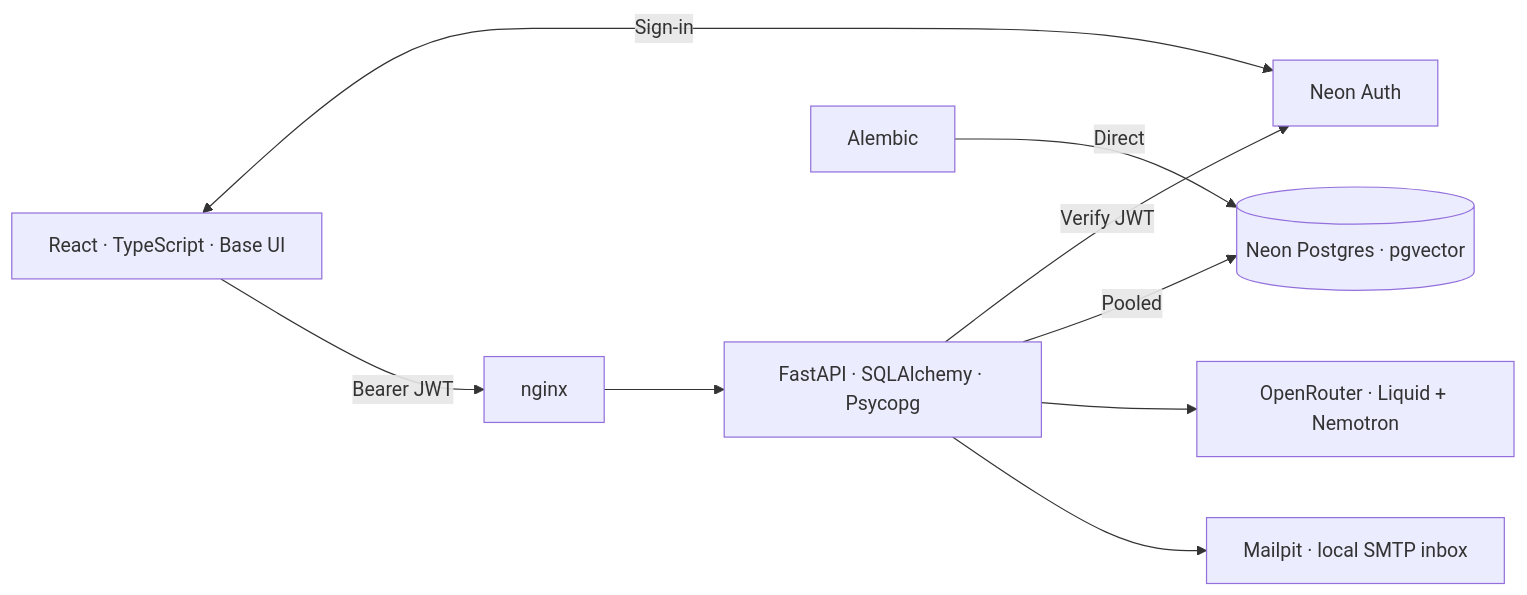
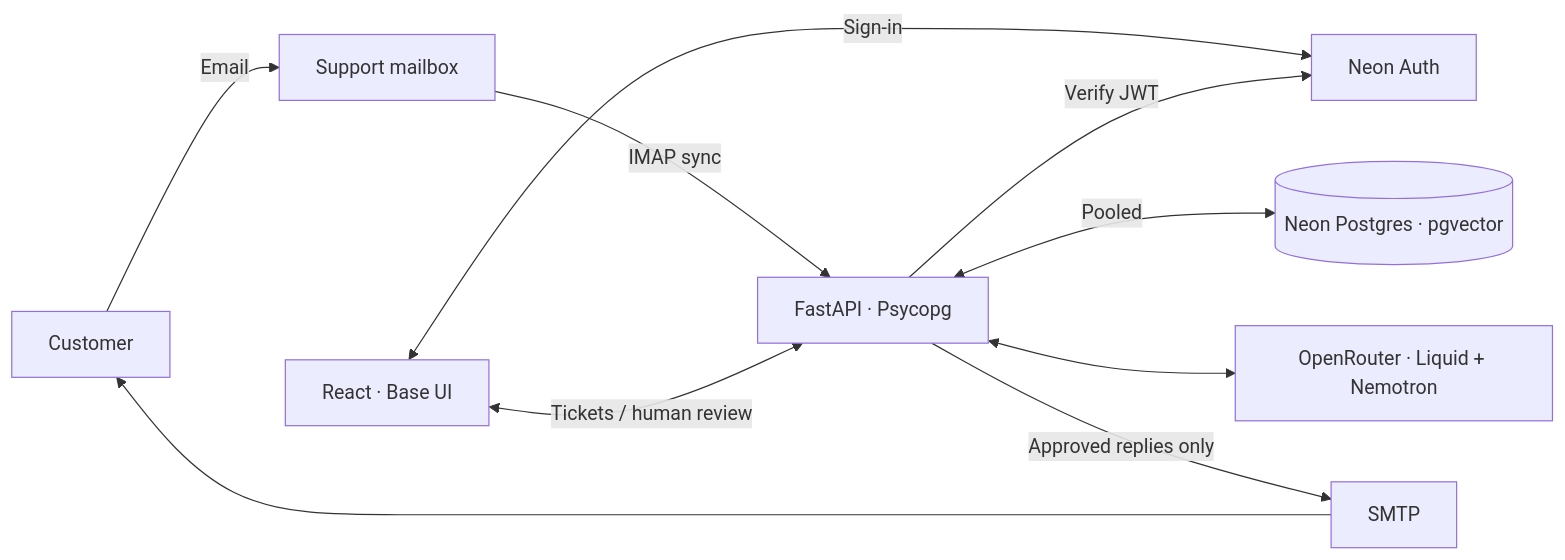
Before and after one commit to rayenfassatoui/support-copilot: the diagram in README.md, drawn with Mermaid. The commit also changed other lines of this file and 76 other files, not shown here.

````diff
--- a/README.md
+++ b/README.md
@@ -16,11 +13,12 @@
 ```mermaid
 flowchart LR
-    UI["React · TypeScript · Base UI"] <-->|Sign-in| AUTH["Neon Auth"]
-    UI -->|Bearer JWT| WEB["nginx"]
-    WEB --> API["FastAPI · SQLAlchemy · Psycopg"]
+    C[Customer] -->|Email| M[Support mailbox]
+    M -->|IMAP sync| API[FastAPI · Psycopg]
+    UI[React · Base UI] <-->|Tickets / human review| API
+    UI <-->|Sign-in| AUTH[Neon Auth]
     API -->|Verify JWT| AUTH
-    API -->|Pooled| DB[("Neon Postgres · pgvector")]
-    MIG["Alembic"] -->|Direct| DB
-    API --> AI["OpenRouter · Liquid + Nemotron"]
-    API --> SMTP["Mailpit · local SMTP inbox"]
+    API <-->|Pooled| DB[(Neon Postgres · pgvector)]
+    API <--> AI[OpenRouter · Liquid + Nemotron]
+    API -->|Approved replies only| SMTP
+    SMTP --> C
 ```
````
